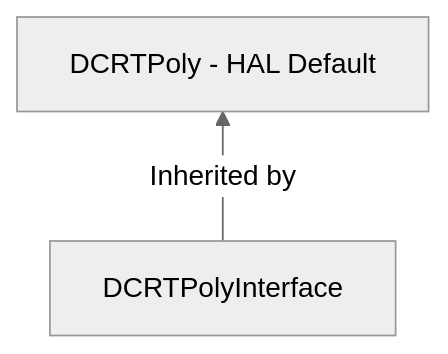
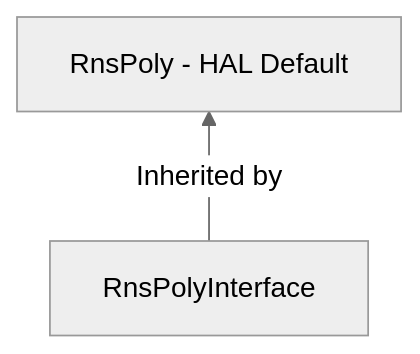
One commit to aeropittura/cipher changed the diagram in docs/sphinx_rsts/modules/core/lattice/hal.rst. Above: the diagram before and after it, drawn with Mermaid (neutral theme). The commit also changed other lines of this file and 126 other files, not shown here.

```diff
--- a/docs/sphinx_rsts/modules/core/lattice/hal.rst
+++ b/docs/sphinx_rsts/modules/core/lattice/hal.rst
@@ -14,4 +14,4 @@
 .. mermaid::
 
   graph BT
-      a[DCRTPolyInterface] --> |Inherited by|b[DCRTPoly - HAL Default];
+      a[RnsPolyInterface] --> |Inherited by|b[RnsPoly - HAL Default];
```
